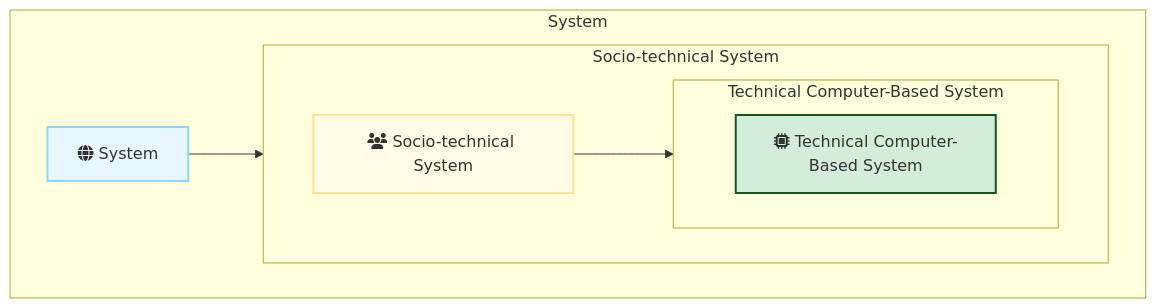
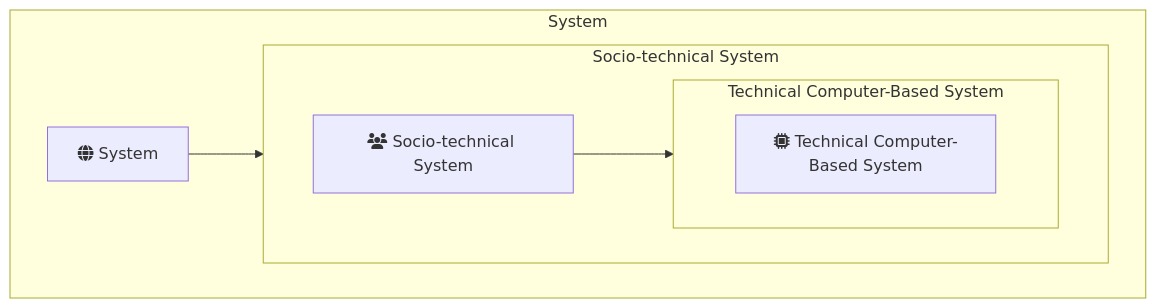
The first of 3 diagrams in docs/mca/se/u12/u11.md (sujith-eag/sujith-library), drawn with Mermaid before and after one commit. The commit also changed other lines of this file and 41 other files, not shown here.

First line of the commit message:
Refactor diagrams and remove redundant styles in documentation

````diff
--- a/docs/mca/se/u12/u11.md
+++ b/docs/mca/se/u12/u11.md
@@ -14,21 +14,18 @@
 ```mermaid
 graph TD
-    classDef system fill:#e6f7ff,stroke:#91d5ff,stroke-width:2px;
-    classDef sts fill:#fffbe6,stroke:#ffe58f,stroke-width:2px;
-    classDef tcbs fill:#d4edda,stroke:#155724,stroke-width:2px;
 
     subgraph "System"
         direction LR
         S[fa:fa-globe System]:::system
         subgraph "Socio-technical System"
             direction LR
             STS[fa:fa-users Socio-technical System]:::sts
             subgraph "Technical Computer-Based System"
                 direction LR
                 TCBS[fa:fa-microchip Technical Computer-Based System]:::tcbs
             end
         end
     end
     S --> STS;
     STS --> TCBS;
 ```
````
